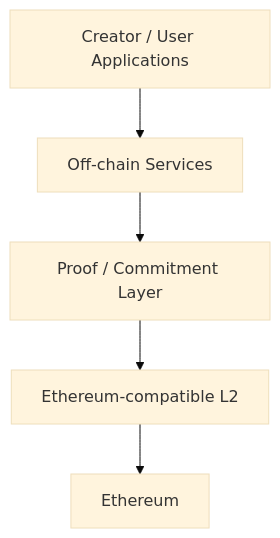
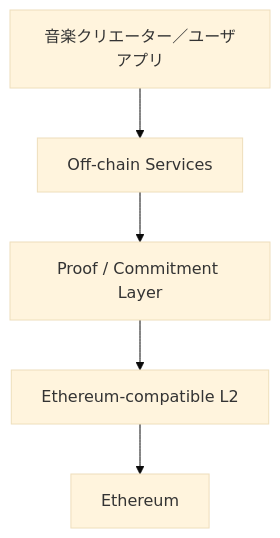
The first of 4 diagrams in docs/adr/ADR-0007-blockchain-l2-strategy.md (ShigeichiroYamasaki/creator-first-platform), drawn with Mermaid (base theme) before and after one commit. The commit also changed other lines of this file and 67 other files, not shown here.

````diff
--- a/docs/adr/ADR-0007-blockchain-l2-strategy.md
+++ b/docs/adr/ADR-0007-blockchain-l2-strategy.md
@@ -64,13 +64,13 @@
 ```mermaid
 flowchart TD
-    APP[Creator / User Applications]
+    APP[音楽クリエーター／ユーザアプリ]
     OFF[Off-chain Services]
     PROOF[Proof / Commitment Layer]
     L2[Ethereum-compatible L2]
     ETH[Ethereum]
 
     APP --> OFF
     OFF --> PROOF
     PROOF --> L2
     L2 --> ETH
 ```
````
